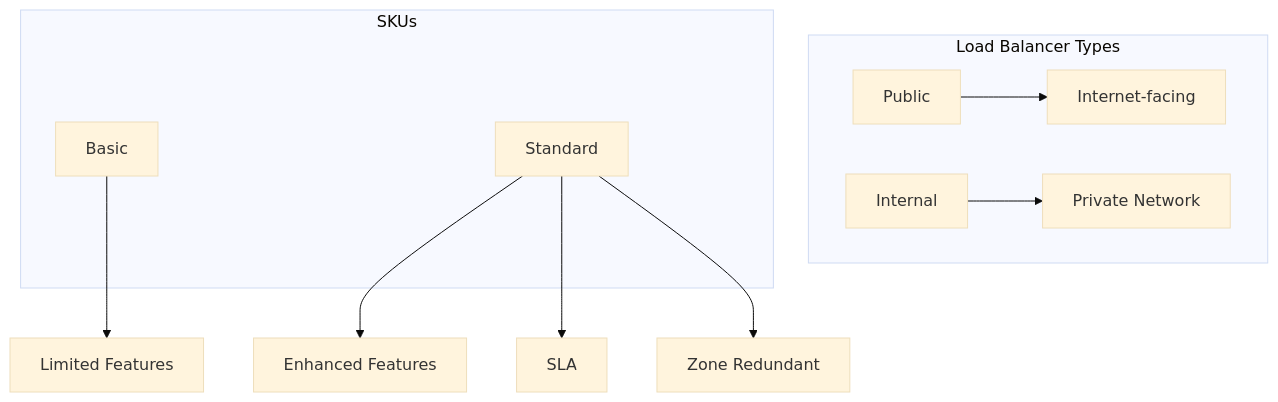
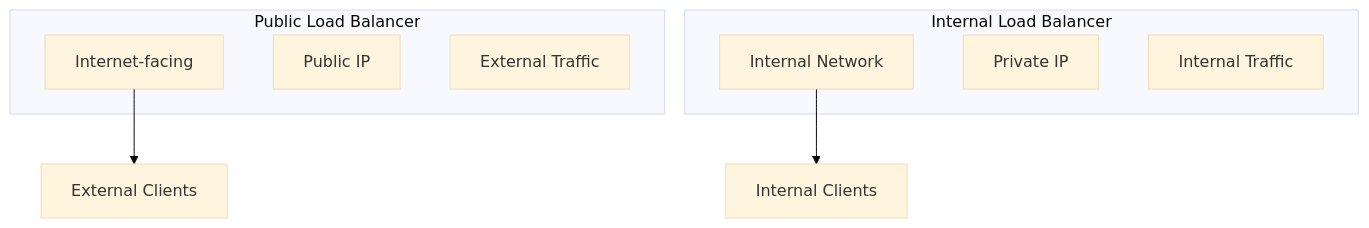
Before and after one commit to saravanakumarrc/Architecture_Journey: the second of 18 diagrams in src/azure/az-104/Load_Balancing.md, drawn with Mermaid (base theme). The commit also changed other lines of this file and 6 other files, not shown here.

````diff
--- a/src/azure/az-104/Load_Balancing.md
+++ b/src/azure/az-104/Load_Balancing.md
@@ -35,17 +35,17 @@
 ```mermaid
 graph TB
-    subgraph "Load Balancer Types"
-        A[Public] --> A1[Internet-facing]
-        B[Internal] --> B1[Private Network]
+    subgraph "Public Load Balancer"
+        A[Internet-facing]
+        B[Public IP]
+        C[External Traffic]
     end
     
-    subgraph "SKUs"
-        C[Basic]
-        D[Standard]
+    subgraph "Internal Load Balancer"
+        D[Internal Network]
+        E[Private IP]
+        F[Internal Traffic]
     end
     
-    C --> E[Limited Features]
-    D --> F[Enhanced Features]
-    D --> G[SLA]
-    D --> H[Zone Redundant]
+    A --> G[External Clients]
+    D --> H[Internal Clients]
 ```
````
